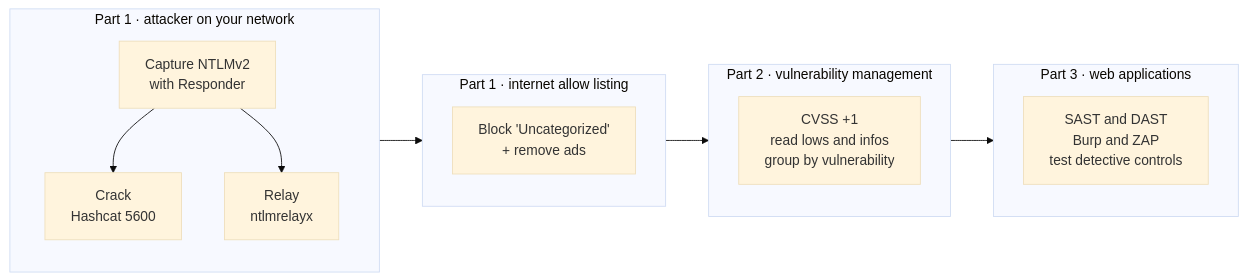
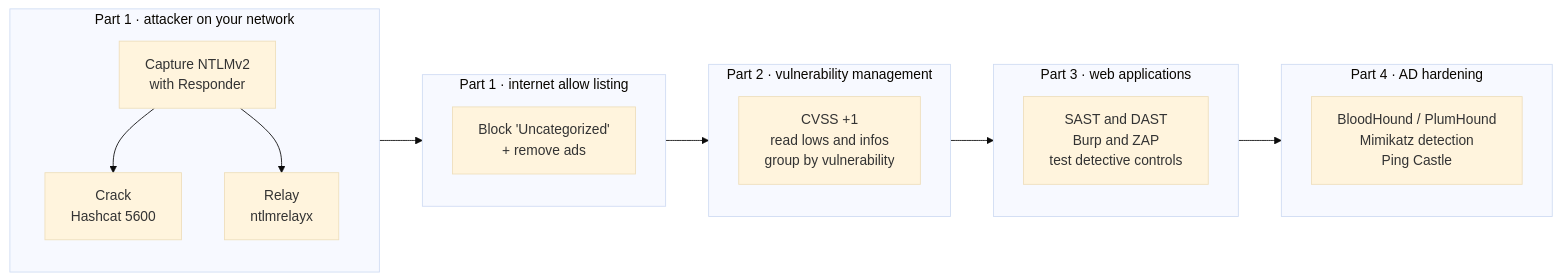
The first of 18 diagrams in docs/training/antisyphon/iscs/day-4.md (DFIDwiz-sketch/dfir-handbook), drawn with Mermaid (base theme) before and after one commit. The commit also changed other lines of this file and 3 other files, not shown here.

First line of the commit message:
training: ISCS Day 4 part 4 (AD hardening, Ping Castle lab, wrap-up) + course recap (EN + KO)

````diff
--- a/docs/training/antisyphon/iscs/day-4.md
+++ b/docs/training/antisyphon/iscs/day-4.md
@@ -28,17 +27,20 @@
 ```mermaid
 flowchart LR
     subgraph P1["Part 1 · attacker on your network"]
         R["Capture NTLMv2<br/>with Responder"] --> C["Crack<br/>Hashcat 5600"]
         R --> L["Relay<br/>ntlmrelayx"]
     end
     subgraph P1B["Part 1 · internet allow listing"]
         U["Block 'Uncategorized'<br/>+ remove ads"]
     end
     subgraph P2["Part 2 · vulnerability management"]
         V["CVSS +1<br/>read lows and infos<br/>group by vulnerability"]
     end
     subgraph P3["Part 3 · web applications"]
         W["SAST and DAST<br/>Burp and ZAP<br/>test detective controls"]
     end
-    P1 --> P1B --> P2 --> P3
+    subgraph P4["Part 4 · AD hardening"]
+        AD["BloodHound / PlumHound<br/>Mimikatz detection<br/>Ping Castle"]
+    end
+    P1 --> P1B --> P2 --> P3 --> P4
 ```
````
